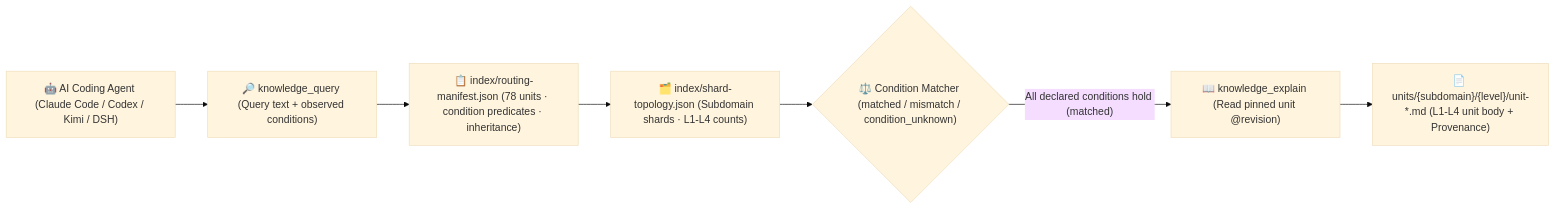
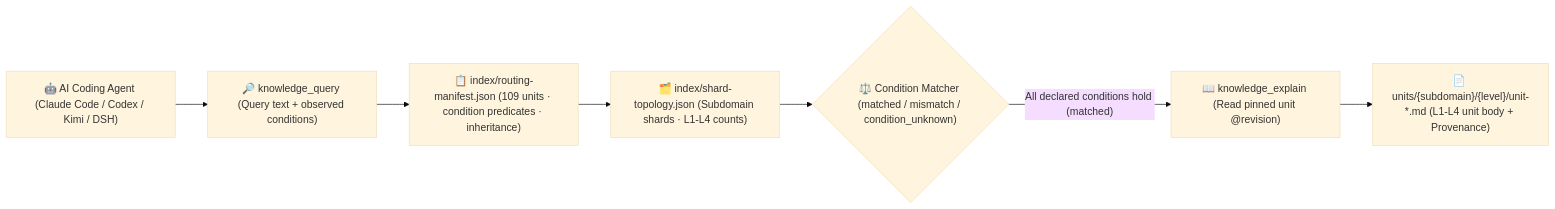
Before and after one commit to mindie-agent/knowledge-infer-core: the diagram in README.en.md, drawn with Mermaid (base theme). The commit also changed other lines of this file and 9 other files, not shown here.

````diff
--- a/README.en.md
+++ b/README.en.md
@@ -99,13 +99,13 @@
 ```mermaid
 flowchart LR
   Agent["🤖 AI Coding Agent (Claude Code / Codex / Kimi / DSH)"]
   Query["🔎 knowledge_query (Query text + observed conditions)"]
-  Manifest["📋 index/routing-manifest.json (78 units · condition predicates · inheritance)"]
+  Manifest["📋 index/routing-manifest.json (109 units · condition predicates · inheritance)"]
   Topology["🗂️ index/shard-topology.json (Subdomain shards · L1-L4 counts)"]
   Match{"⚖️ Condition Matcher (matched / mismatch / condition_unknown)"}
   Explain["📖 knowledge_explain (Read pinned unit @revision)"]
   Units["📄 units/{subdomain}/{level}/unit-*.md (L1-L4 unit body + Provenance)"]
 
   Agent --> Query --> Manifest --> Topology --> Match
   Match -- "All declared conditions hold (matched)" --> Explain --> Units
 ```
````
